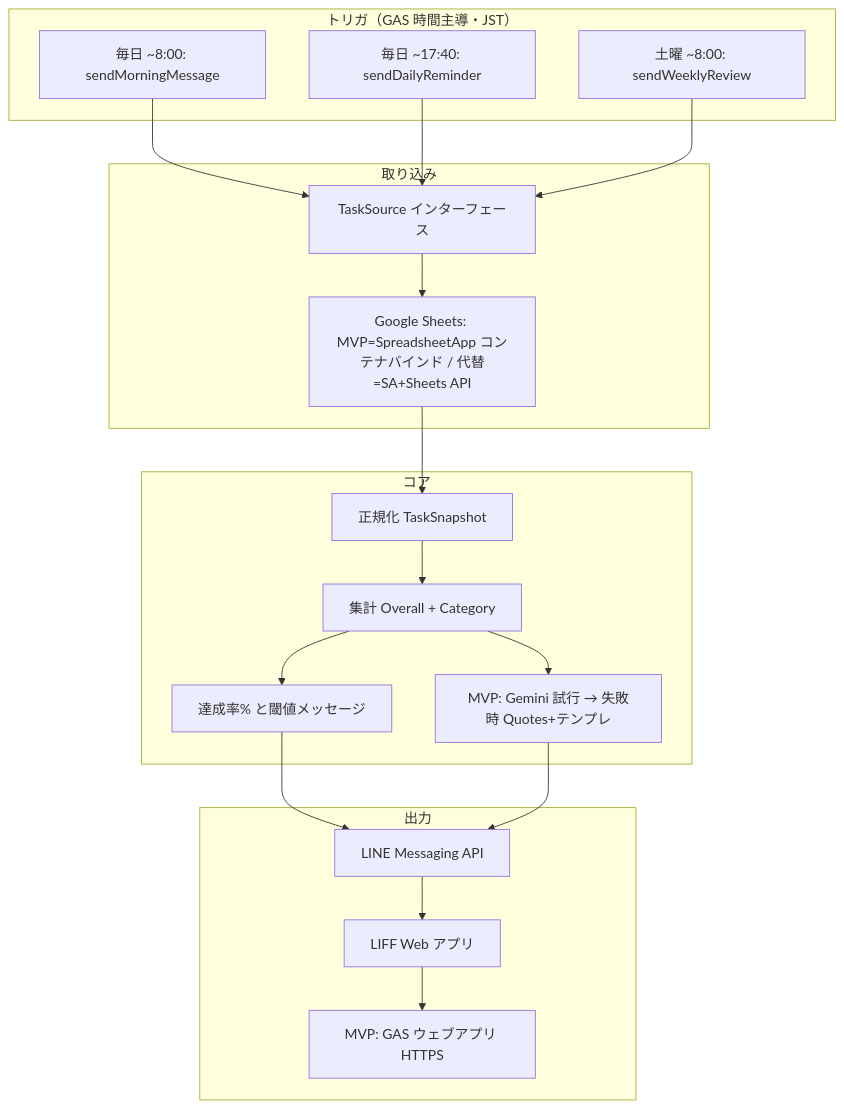
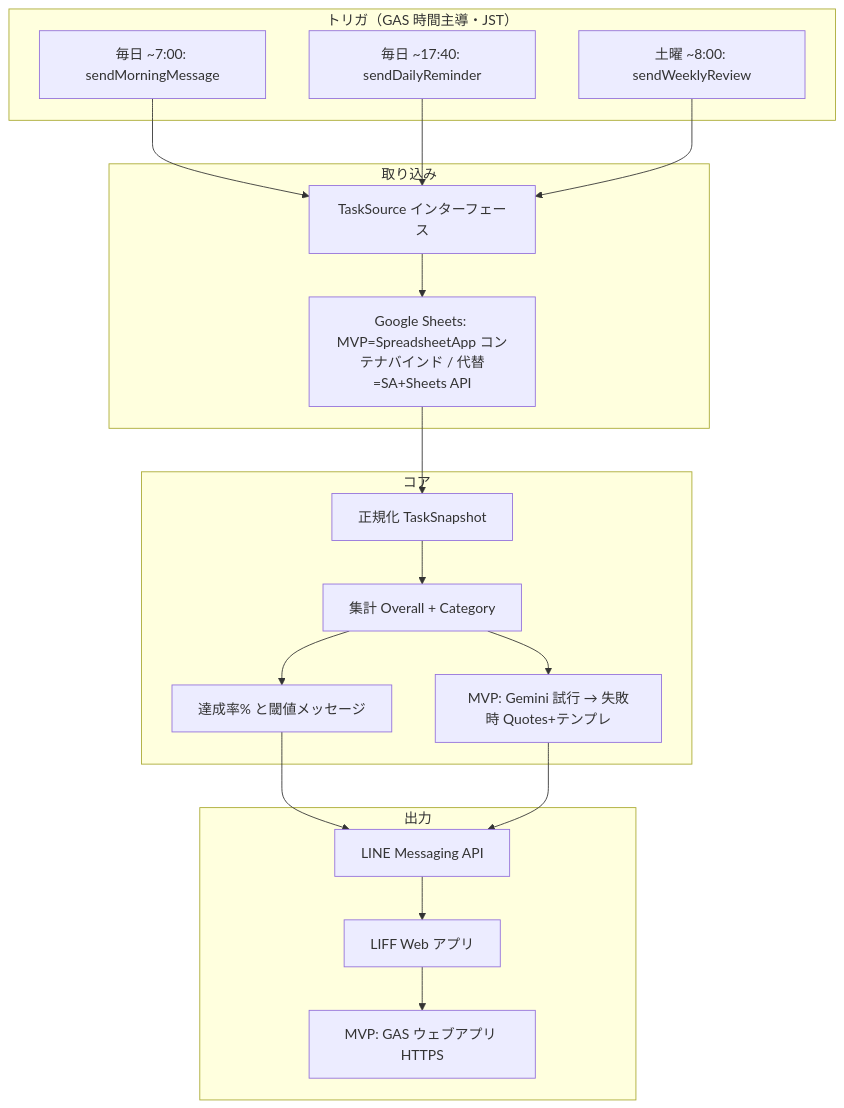
Before and after one commit to happyodyssey73-art/yattakai-task-checker: the diagram in docs/SPEC.md, drawn with Mermaid. The commit also changed other lines of this file and 62 other files, not shown here.

````diff
--- a/docs/SPEC.md
+++ b/docs/SPEC.md
@@ -107,39 +108,39 @@
 ```mermaid
 flowchart TB
   subgraph trigger [トリガ（GAS 時間主導・JST）]
-    T_AM[毎日 ~8:00: sendMorningMessage]
+    T_AM[毎日 ~7:00: sendMorningMessage]
     T_PM[毎日 ~17:40: sendDailyReminder]
     T_WK[土曜 ~8:00: sendWeeklyReview]
   end
 
   subgraph ingest [取り込み]
     TS[TaskSource インターフェース]
     SHEETS[Google Sheets: MVP=SpreadsheetApp コンテナバインド / 代替=SA+Sheets API]
     TS --> SHEETS
   end
 
   subgraph core [コア]
     NORM[正規化 TaskSnapshot]
     AGG[集計 Overall + Category]
     SCORE[達成率% と閾値メッセージ]
     QUOTE[MVP: Gemini 試行 → 失敗時 Quotes+テンプレ]
   end
 
   subgraph out [出力]
     LINE[LINE Messaging API]
     LIFF[LIFF Web アプリ]
     HOST[MVP: GAS ウェブアプリ HTTPS]
   end
 
   T_AM --> TS
   T_PM --> TS
   T_WK --> TS
   SHEETS --> NORM
   NORM --> AGG
   AGG --> SCORE
   AGG --> QUOTE
   SCORE --> LINE
   QUOTE --> LINE
   LINE --> LIFF
   LIFF --> HOST
 ```
````
